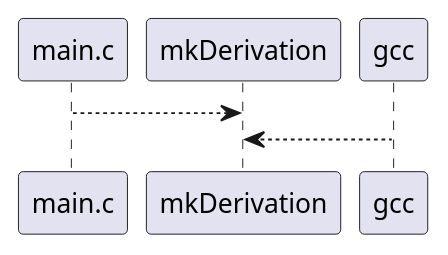
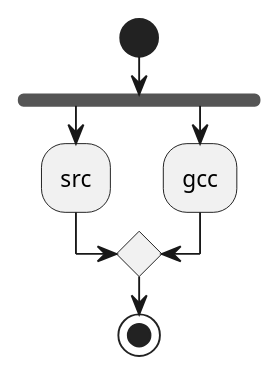
The diagram in test.puml (mariatsji/talks-2024-nix), drawn with PlantUML before and after one commit. The commit also changed 3 other files, not shown here.

```diff
--- a/test.puml
+++ b/test.puml
@@ -1,4 +1,11 @@
 @startuml
-main.c --> mkDerivation
-gcc --> mkDerivation
+
+start
+fork
+:src;
+fork again
+:gcc;
+end merge
+stop
+
 @enduml
```
